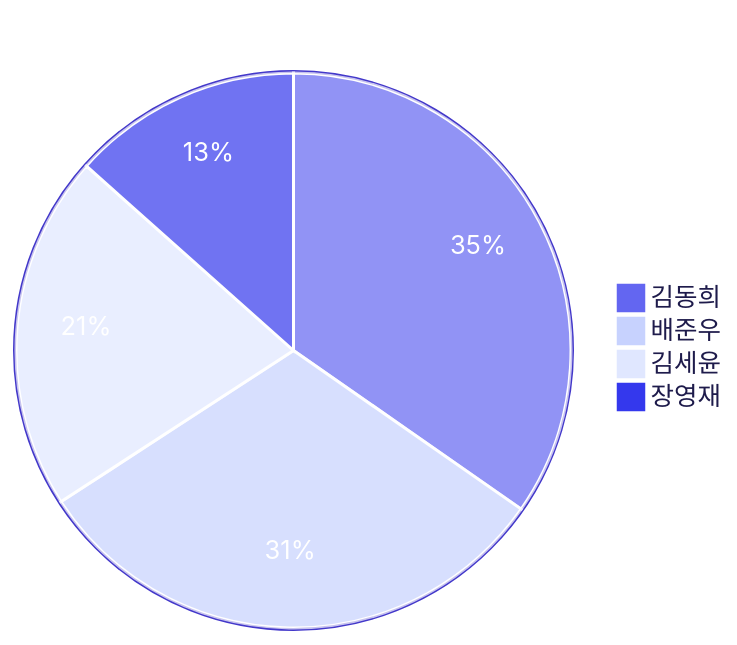
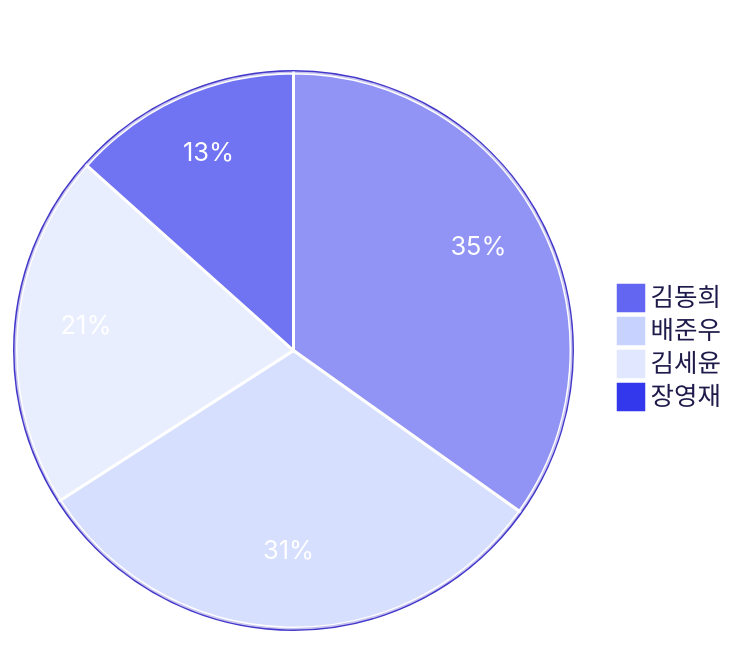
Before and after one commit to 3rd-project-team-1/ALYAC-market-team1: the third of 4 diagrams in README.md, drawn with Mermaid. The commit also changed other lines of this file, not shown here.

````diff
--- a/README.md
+++ b/README.md
@@ -430,17 +430,17 @@
 ```mermaid
 %%{init: { 'theme': 'base', 'themeVariables': {
   'primaryColor': '#6366f1',
   'primaryTextColor': '#ffffff',
   'primaryBorderColor': '#4338ca',
   'secondaryColor': '#c7d2fe',
   'tertiaryColor': '#e0e7ff',
   'pieLegendTextColor': '#1e1b4b',
   'pieStrokeColor': '#ffffff',
   'pieOuterStrokeColor': '#4338ca'
 } } }%%
 pie title 기여자별 커밋 수
-  "김동희" : 137
+  "김동희" : 138
   "배준우" : 123
   "김세윤" : 82
   "장영재" : 53
 ```
````
